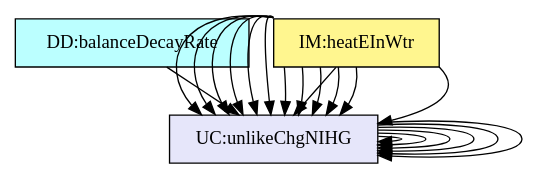
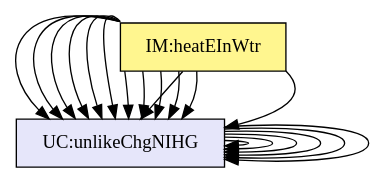
One commit to JacquesCarette/Drasil changed the diagram in code/stable/swhsnopcm/TraceyGraph/avsall.dot. Above: the diagram before and after it, drawn with Graphviz. The commit also changed 88 other files, not shown here.

Commit message:
Stabilizing to figure out where things are going awry

```diff
--- a/code/stable/swhsnopcm/TraceyGraph/avsall.dot
+++ b/code/stable/swhsnopcm/TraceyGraph/avsall.dot
@@ -1,108 +1,84 @@
 digraph avsall {
-	dataDefn:wVol -> instance:assumpVCN;
 	theory:consThermECS -> instance:assumpTEO;
 	theory:sensHeat -> instance:assumpWAL;
 	theory:nwtnCoolingTM -> instance:assumpHTCC;
 	theory:rocTempSimpRC -> instance:assumpCWTAT;
 	theory:rocTempSimpRC -> instance:assumpDWCoW;
 	theory:rocTempSimpRC -> instance:assumpSHECoW;
 	theory:htFluxC -> instance:assumpLCCCW;
 	theory:htFluxC -> instance:assumpTHCCoT;
 	theory:eBalanceOnWtrRC -> instance:assumpWAL;
 	theory:eBalanceOnWtrRC -> instance:assumpPIT;
 	theory:eBalanceOnWtrRC -> instance:assumpNIHGBW;
 	theory:heatEInWtrIM -> instance:assumpWAL;
 	theory:heatEInWtrIM -> instance:assumpAPT;
 	instance:likeChgTCVOD -> instance:assumpTHCCoT;
 	instance:likeChgTCVOL -> instance:assumpTHCCoL;
 	instance:likeChgDT -> instance:assumpCTNTD;
 	instance:likeChgTLH -> instance:assumpPIT;
 	instance:unlikeChgWFS -> instance:assumpWAL;
 	instance:unlikeChgNIHG -> instance:assumpNIHGBW;
 
 
 	instance:assumpTEO	[shape=box, color=black, style=filled, fillcolor=mistyrose, label="A:assumpTEO"];
 	instance:assumpHTCC	[shape=box, color=black, style=filled, fillcolor=mistyrose, label="A:assumpHTCC"];
 	instance:assumpCWTAT	[shape=box, color=black, style=filled, fillcolor=mistyrose, label="A:assumpCWTAT"];
 	instance:assumpDWCoW	[shape=box, color=black, style=filled, fillcolor=mistyrose, label="A:assumpDWCoW"];
 	instance:assumpSHECoW	[shape=box, color=black, style=filled, fillcolor=mistyrose, label="A:assumpSHECoW"];
 	instance:assumpLCCCW	[shape=box, color=black, style=filled, fillcolor=mistyrose, label="A:assumpLCCCW"];
 	instance:assumpTHCCoT	[shape=box, color=black, style=filled, fillcolor=mistyrose, label="A:assumpTHCCoT"];
 	instance:assumpTHCCoL	[shape=box, color=black, style=filled, fillcolor=mistyrose, label="A:assumpTHCCoL"];
 	instance:assumpCTNTD	[shape=box, color=black, style=filled, fillcolor=mistyrose, label="A:assumpCTNTD"];
 	instance:assumpWAL	[shape=box, color=black, style=filled, fillcolor=mistyrose, label="A:assumpWAL"];
 	instance:assumpPIT	[shape=box, color=black, style=filled, fillcolor=mistyrose, label="A:assumpPIT"];
 	instance:assumpNIHGBW	[shape=box, color=black, style=filled, fillcolor=mistyrose, label="A:assumpNIHGBW"];
 	instance:assumpAPT	[shape=box, color=black, style=filled, fillcolor=mistyrose, label="A:assumpAPT"];
 	instance:assumpVCN	[shape=box, color=black, style=filled, fillcolor=mistyrose, label="A:assumpVCN"];
 
 	subgraph A {
 	rank="same"
 	{instance:assumpTEO, instance:assumpHTCC, instance:assumpCWTAT, instance:assumpDWCoW, instance:assumpSHECoW, instance:assumpLCCCW, instance:assumpTHCCoT, instance:assumpTHCCoL, instance:assumpCTNTD, instance:assumpWAL, instance:assumpPIT, instance:assumpNIHGBW, instance:assumpAPT, instance:assumpVCN}
 	}
 
-	dataDefn:wMass	[shape=box, color=black, style=filled, fillcolor=paleturquoise1, label="DD:waterMass"];
-	dataDefn:wVol	[shape=box, color=black, style=filled, fillcolor=paleturquoise1, label="DD:waterVolume.nopcm"];
-	dataDefn:tankVol	[shape=box, color=black, style=filled, fillcolor=paleturquoise1, label="DD:tankVolume"];
-	dataDefn:tauW	[shape=box, color=black, style=filled, fillcolor=paleturquoise1, label="DD:balanceDecayRate"];
-
-	subgraph DD {
-	rank="same"
-	{dataDefn:wMass, dataDefn:wVol, dataDefn:tankVol, dataDefn:tauW}
-	}
-
 	theory:consThermECS	[shape=box, color=black, style=filled, fillcolor=pink, label="TM:consThermE"];
 	theory:sensHeat	[shape=box, color=black, style=filled, fillcolor=pink, label="TM:sensHtE"];
 	theory:nwtnCoolingTM	[shape=box, color=black, style=filled, fillcolor=pink, label="TM:nwtnCooling"];
-
-	subgraph TM {
-	rank="same"
-	{theory:consThermECS, theory:sensHeat, theory:nwtnCoolingTM}
-	}
-
 	theory:rocTempSimpRC	[shape=box, color=black, style=filled, fillcolor=palegreen, label="GD:rocTempSimp"];
 	theory:htFluxC	[shape=box, color=black, style=filled, fillcolor=palegreen, label="GD:htFluxWaterFromCoil"];
-
-	subgraph GD {
-	rank="same"
-	{theory:rocTempSimpRC, theory:htFluxC}
-	}
-
 	theory:eBalanceOnWtrRC	[shape=box, color=black, style=filled, fillcolor=khaki1, label="IM:eBalanceOnWtr"];
 	theory:heatEInWtrIM	[shape=box, color=black, style=filled, fillcolor=khaki1, label="IM:heatEInWtr"];
-
-	subgraph IM {
-	rank="same"
-	{theory:eBalanceOnWtrRC, theory:heatEInWtrIM}
-	}
-
-	instance:inputValues	[shape=box, color=black, style=filled, fillcolor=ivory, label="FR:inputValues"];
 	instance:findMass	[shape=box, color=black, style=filled, fillcolor=ivory, label="FR:findMass"];
 	instance:checkWithPhysConsts	[shape=box, color=black, style=filled, fillcolor=ivory, label="FR:checkWithPhysConsts"];
 	instance:outputInputDerivVals	[shape=box, color=black, style=filled, fillcolor=ivory, label="FR:outputInputDerivVals"];
 	instance:calcValues	[shape=box, color=black, style=filled, fillcolor=ivory, label="FR:calcValues"];
 	instance:outputValues	[shape=box, color=black, style=filled, fillcolor=ivory, label="FR:outputValues"];
 	instance:correct	[shape=box, color=black, style=filled, fillcolor=ivory, label="NFR:correct"];
 	instance:verifiable	[shape=box, color=black, style=filled, fillcolor=ivory, label="NFR:verifiable"];
 	instance:understandable	[shape=box, color=black, style=filled, fillcolor=ivory, label="NFR:understandable"];
 	instance:reusable	[shape=box, color=black, style=filled, fillcolor=ivory, label="NFR:reusable"];
 	instance:maintainable	[shape=box, color=black, style=filled, fillcolor=ivory, label="NFR:maintainable"];
+	instance:inputValues	[shape=box, color=black, style=filled, fillcolor=ivory, label="FR:inputValues"];
+	instance:findMass	[shape=box, color=black, style=filled, fillcolor=ivory, label="FR:findMass"];
+	instance:checkWithPhysConsts	[shape=box, color=black, style=filled, fillcolor=ivory, label="FR:checkWithPhysConsts"];
+	instance:outputInputDerivVals	[shape=box, color=black, style=filled, fillcolor=ivory, label="FR:outputInputDerivVals"];
+	instance:calcValues	[shape=box, color=black, style=filled, fillcolor=ivory, label="FR:calcValues"];
+	instance:outputValues	[shape=box, color=black, style=filled, fillcolor=ivory, label="FR:outputValues"];
 
 	subgraph FR {
 	rank="same"
-	{instance:inputValues, instance:findMass, instance:checkWithPhysConsts, instance:outputInputDerivVals, instance:calcValues, instance:outputValues, instance:correct, instance:verifiable, instance:understandable, instance:reusable, instance:maintainable}
+	{instance:findMass, instance:checkWithPhysConsts, instance:outputInputDerivVals, instance:calcValues, instance:outputValues, instance:correct, instance:verifiable, instance:understandable, instance:reusable, instance:maintainable, instance:inputValues, instance:findMass, instance:checkWithPhysConsts, instance:outputInputDerivVals, instance:calcValues, instance:outputValues}
 	}
 
 	instance:likeChgTCVOD	[shape=box, color=black, style=filled, fillcolor=lavender, label="LC:likeChgTCVOD"];
 	instance:likeChgTCVOL	[shape=box, color=black, style=filled, fillcolor=lavender, label="LC:likeChgTCVOL"];
 	instance:likeChgDT	[shape=box, color=black, style=filled, fillcolor=lavender, label="LC:likeChgDT"];
 	instance:likeChgTLH	[shape=box, color=black, style=filled, fillcolor=lavender, label="LC:likeChgTLH"];
 	instance:unlikeChgWFS	[shape=box, color=black, style=filled, fillcolor=lavender, label="UC:unlikeChgWFS"];
 	instance:unlikeChgNIHG	[shape=box, color=black, style=filled, fillcolor=lavender, label="UC:unlikeChgNIHG"];
 
 	subgraph LC {
 	rank="same"
 	{instance:likeChgTCVOD, instance:likeChgTCVOL, instance:likeChgDT, instance:likeChgTLH, instance:unlikeChgWFS, instance:unlikeChgNIHG}
 	}
 
 }
```
